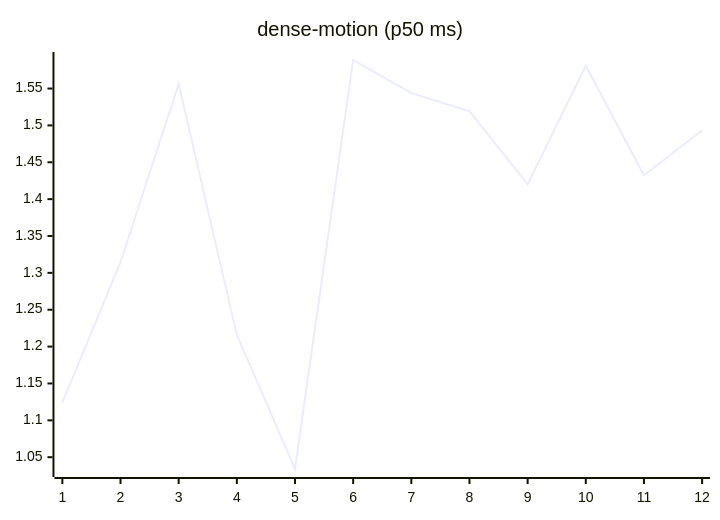
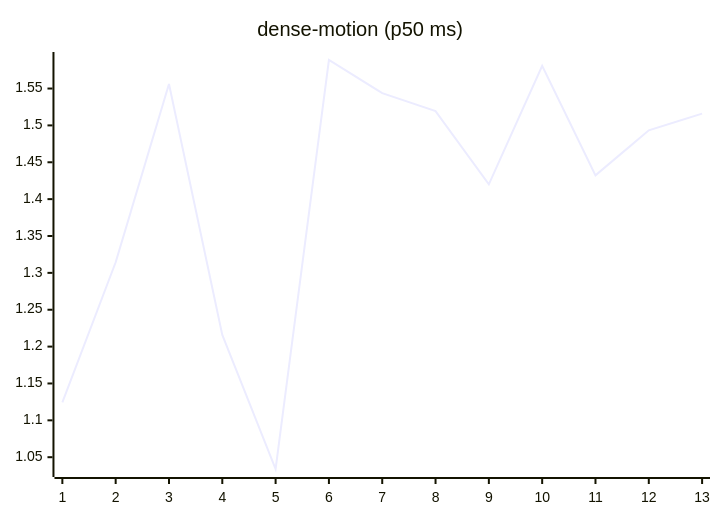
The ninth of 27 diagrams in README.md (josha/Facet), drawn with Mermaid before and after one commit. The commit also changed other lines of this file and 2 other files, not shown here.

````diff
--- a/README.md
+++ b/README.md
@@ -119,6 +119,6 @@
 ```mermaid
 xychart-beta
     title "dense-motion (p50 ms)"
-    x-axis 1 --> 12
-    line [1.1243, 1.3144, 1.5562, 1.2159, 1.0340, 1.5887, 1.5438, 1.5193, 1.4201, 1.5809, 1.4323, 1.4933]
+    x-axis 1 --> 13
+    line [1.1243, 1.3144, 1.5562, 1.2159, 1.0340, 1.5887, 1.5438, 1.5193, 1.4201, 1.5809, 1.4323, 1.4933, 1.5160]
 ```
````
